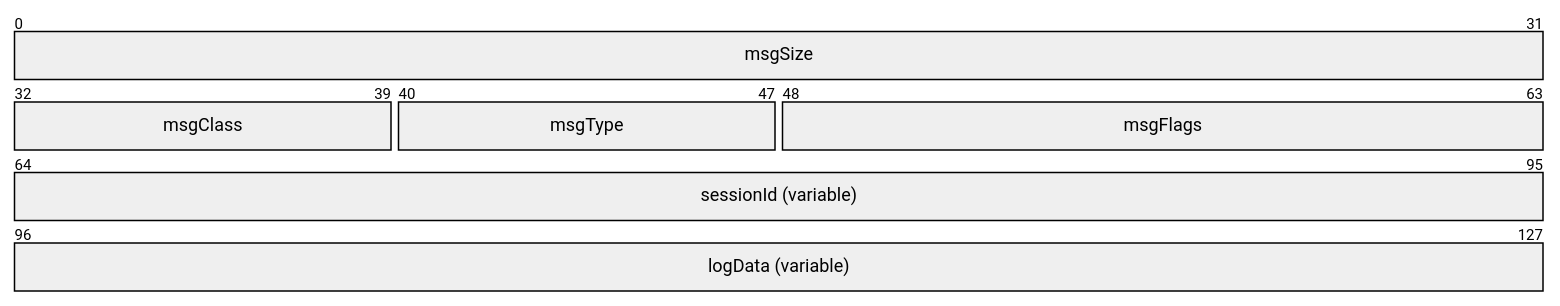
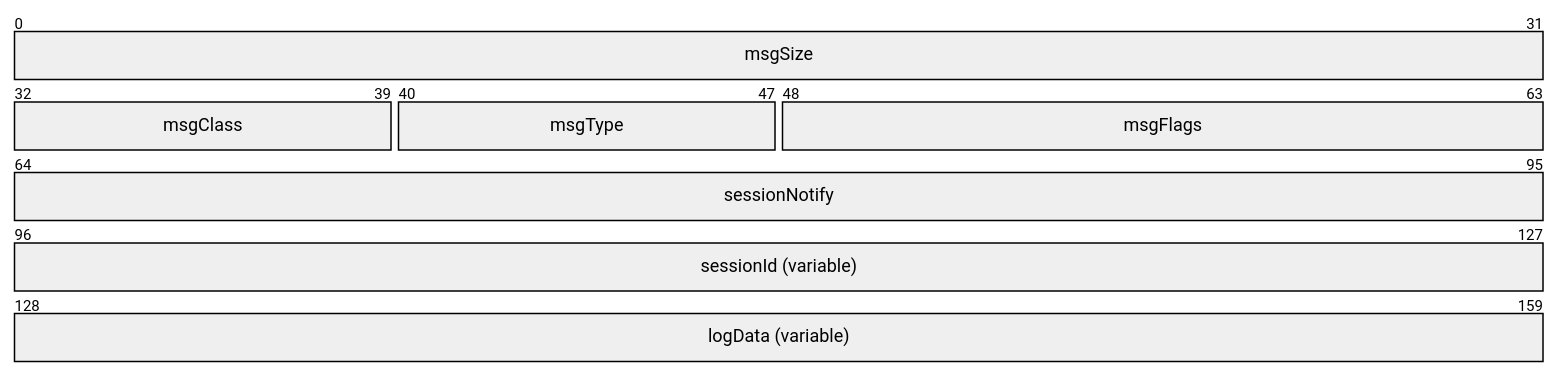
Diagram 39 of 39 in docs/NOW-spec.md (Devolutions/now-proto), drawn with Mermaid before and after one commit. The commit also changed other lines of this file, not shown here.

````diff
--- a/docs/NOW-spec.md
+++ b/docs/NOW-spec.md
@@ -1303,9 +1308,10 @@
 ```mermaid
 packet-beta
   0-31: "msgSize"
   32-39: "msgClass"
   40-47: "msgType"
   48-63: "msgFlags"
-  64-95: "sessionId (variable)"
-  96-127: "logData (variable)"
+  64-95: "sessionNotify"
+  96-127: "sessionId (variable)"
+  128-159: "logData (variable)"
 ```
````
